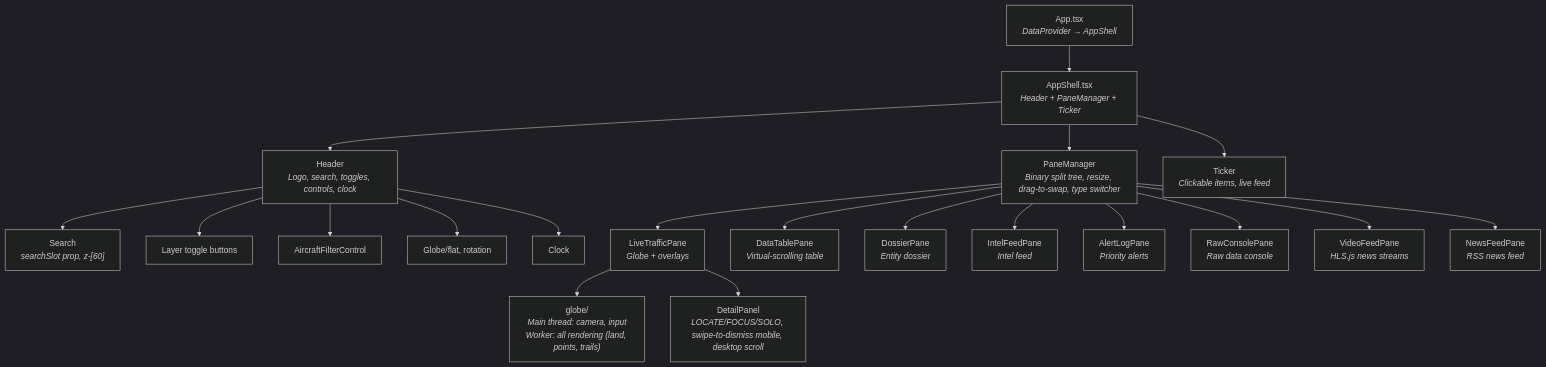
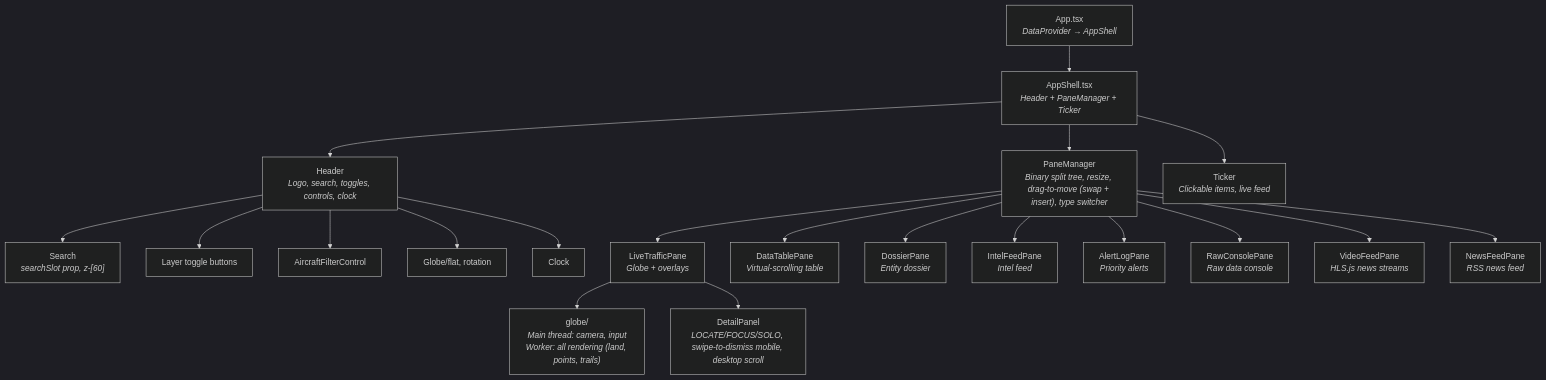
One commit to iiTONELOC/sigint changed the second of 2 diagrams in docs/architecture.md. Above: the diagram before and after it, drawn with Mermaid (dark theme). The commit also changed 19 other files, not shown here.

````diff
--- a/docs/architecture.md
+++ b/docs/architecture.md
@@ -323,27 +323,27 @@
 ```mermaid
 graph TD
     App["App.tsx<br/><i>DataProvider → AppShell</i>"]
     App --> AppShell["AppShell.tsx<br/><i>Header + PaneManager + Ticker</i>"]
 
     AppShell --> Header["Header<br/><i>Logo, search, toggles, controls, clock</i>"]
     Header --> SearchComp["Search<br/><i>searchSlot prop, z-[60]</i>"]
     Header --> LayerToggles["Layer toggle buttons"]
     Header --> AircraftFC["AircraftFilterControl"]
     Header --> ViewControls["Globe/flat, rotation"]
     Header --> Clock["Clock"]
 
-    AppShell --> PM["PaneManager<br/><i>Binary split tree, resize, drag-to-swap, type switcher</i>"]
+    AppShell --> PM["PaneManager<br/><i>Binary split tree, resize, drag-to-move (swap + insert), type switcher</i>"]
     PM --> LTP["LiveTrafficPane<br/><i>Globe + overlays</i>"]
     PM --> DTP["DataTablePane<br/><i>Virtual-scrolling table</i>"]
     PM --> DSP["DossierPane<br/><i>Entity dossier</i>"]
     PM --> IFP["IntelFeedPane<br/><i>Intel feed</i>"]
     PM --> ALP["AlertLogPane<br/><i>Priority alerts</i>"]
     PM --> RCP["RawConsolePane<br/><i>Raw data console</i>"]
     PM --> VFP["VideoFeedPane<br/><i>HLS.js news streams</i>"]
     PM --> NFP["NewsFeedPane<br/><i>RSS news feed</i>"]
 
     LTP --> GlobeViz["globe/<br/><i>Main thread: camera, input<br/>Worker: all rendering (land, points, trails)</i>"]
     LTP --> DetailPanel["DetailPanel<br/><i>LOCATE/FOCUS/SOLO, swipe-to-dismiss mobile, desktop scroll</i>"]
 
     AppShell --> Ticker["Ticker<br/><i>Clickable items, live feed</i>"]
 ```
````
